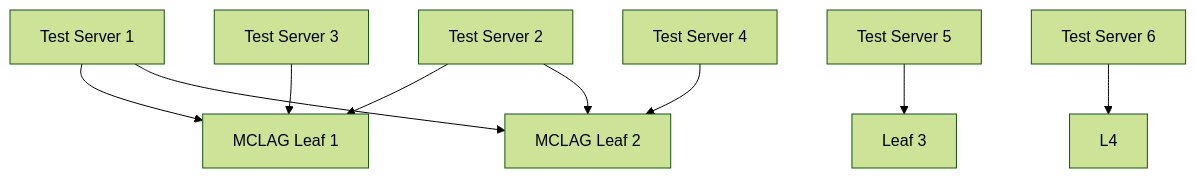
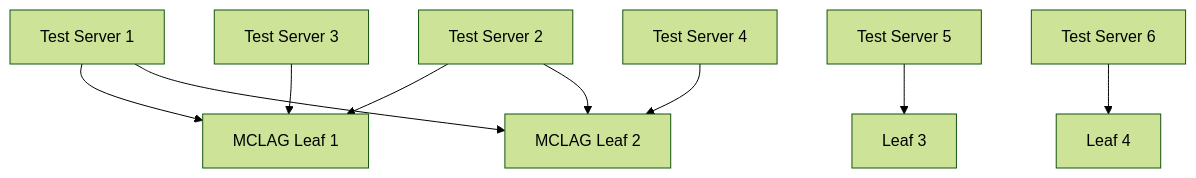
Before and after one commit to githedgehog/docs: the second of 2 diagrams in docs/vlab/demo.md, drawn with Mermaid (forest theme). The commit also changed other lines of this file and 18 other files, not shown here.

````diff
--- a/docs/vlab/demo.md
+++ b/docs/vlab/demo.md
@@ -40,25 +40,26 @@
 ```mermaid
 graph TD
     L1[MCLAG Leaf 1]
     L2[MCLAG Leaf 2]
     L3[Leaf 3]
+    L4[Leaf 4]
 
     TS1[Test Server 1]
     TS2[Test Server 2]
     TS3[Test Server 3]
     TS4[Test Server 4]
     TS5[Test Server 5]
     TS6[Test Server 6]
 
     TS1 --> L1
     TS1 --> L2
 
     TS2 --> L1
     TS2 --> L2
 
     TS3 --> L1
     TS4 --> L2
 
     TS5 --> L3
     TS6 --> L4
 ```
````
